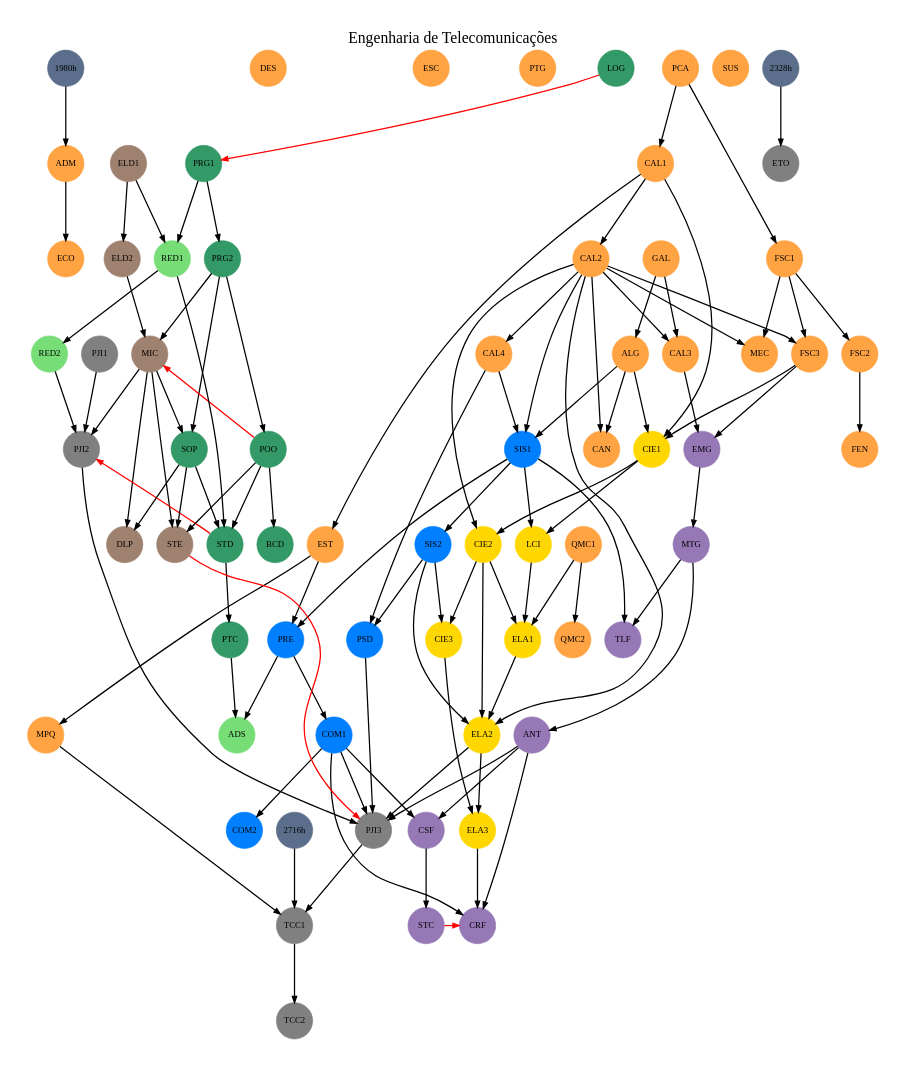
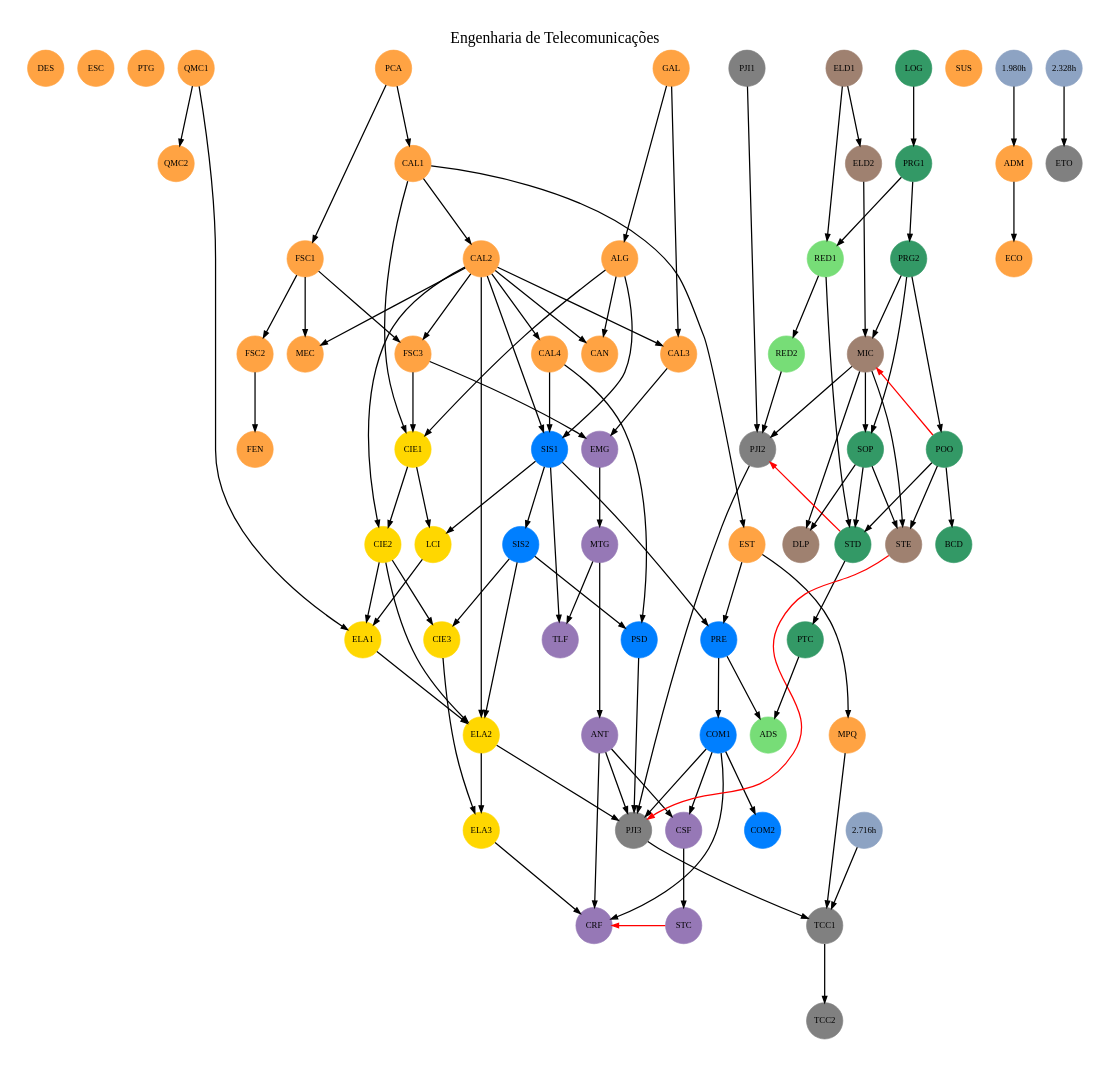
Before and after one commit to emersonmello/grade-dot-engtelecom: the diagram in engtelecom.dot, drawn with Graphviz.

Commit message:
mend
ajuste da CH e pré-requisitos após consulta 29/10/19

```diff
--- a/engtelecom.dot
+++ b/engtelecom.dot
@@ -10,23 +10,41 @@
     edge [color="#000000", penwidth="2", fontname="helvetica Neue Ultra Light"]
 
     // Pré-requisitos
+    
+    // deixando as disciplinas sem pré-requisito no mesmo nível do grafo
+    // remover esse bloco quando forem colocadas nos subgraph das fases
+    { 
+      rank=same
+      // laranja
+      {} -> DES
+      {} -> ESC
+      {} -> PTG
+      {} -> QMC1
+      {} -> SUS
+      {} -> PCA
+      {} -> GAL
+
+      // cinza
+      {} -> PJI1
+
+      // marrrom
+      {} -> ELD1
+
+      // verde escuro
+      {} -> LOG
+
+    }
 
     // Eixo laranja
+
     {horas1980} -> ADM
-    {} -> DES
-    {} -> ESC
-    {} -> PTG
-    {} -> QMC1
-    {} -> SUS
+    
     {ADM} -> ECO
     {CAL1} -> EST
     {FSC2} -> FEN
     {CAL2 FSC1} -> MEC
     {EST} -> MPQ # TODO verificar se PJI2 e PTG devem ser pré-requisito
     {QMC1} -> QMC2
-
-    {} -> PCA
-    {} -> GAL
     {GAL} -> ALG
     {PCA} -> CAL1 #[constraint=false,color="#FF0000"]
     {CAL1} -> CAL2
@@ -55,7 +73,7 @@
     {CAL4 SIS2} -> PSD  # recomendada: CAN
 
     // Eixo cinza
-    {} -> PJI1
+    
     {PJI1 RED2 MIC} -> PJI2
     {STD} -> PJI2 [color="#FF0000" constraint=false]
     {PJI2 ANT PSD COM1 ELA2} -> PJI3 # recomendada: DLP 
@@ -66,7 +84,7 @@
 
     // Eixo marrom
     {SOP MIC} -> DLP
-    {} -> ELD1
+    
     {ELD1} -> ELD2 # recomendada: ELA1
     {ELD2 PRG2} -> MIC
     {POO} -> MIC [color="#FF0000" constraint=false]
@@ -88,9 +106,8 @@
     {PTC PRE} -> ADS
 
     // Eixo verde escuro
-    {} -> LOG
-    {LOG} -> PRG1 [color="#FF0000" constraint=false]
-    // {} -> PRG1
+    
+    {LOG} -> PRG1 #[color="#FF0000" constraint=false]
     {PRG1} -> PRG2
     {PRG2} -> POO
     {PRG2 MIC} -> SOP
@@ -210,9 +227,9 @@
 
     // propriedades dos nós
 
-    horas1980 [label="1980h", color="#5b6e8b", id="1980h"] # TODO rever isso para ADM
-    horasTCC [label="2716h",  color="#5b6e8b", id="2716h"] # TODO CEPE 70% da CH atual, 3.880
-    horasETO [label="2328h",  color="#5b6e8b", id="2328h"] # TODO CEPE 60% da CH atual, 3.880
+    horas1980 [label="1.980h", color="#8da3c3", id="1.980h"] # TODO rever isso para ADM
+    horasTCC [label="2.716h",  color="#8da3c3", id="2.716h"] # TODO CEPE 70% da CH atual, 3.880
+    horasETO [label="2.328h",  color="#8da3c3", id="2.328h"] # TODO CEPE 60% da CH atual, 3.880
 
     ADM [ch=40, color="#FFA343", id=ADM] # TODO pré-requisito 1980h
     ALG [ch=60, color="#FFA343", id=ALG]
```
